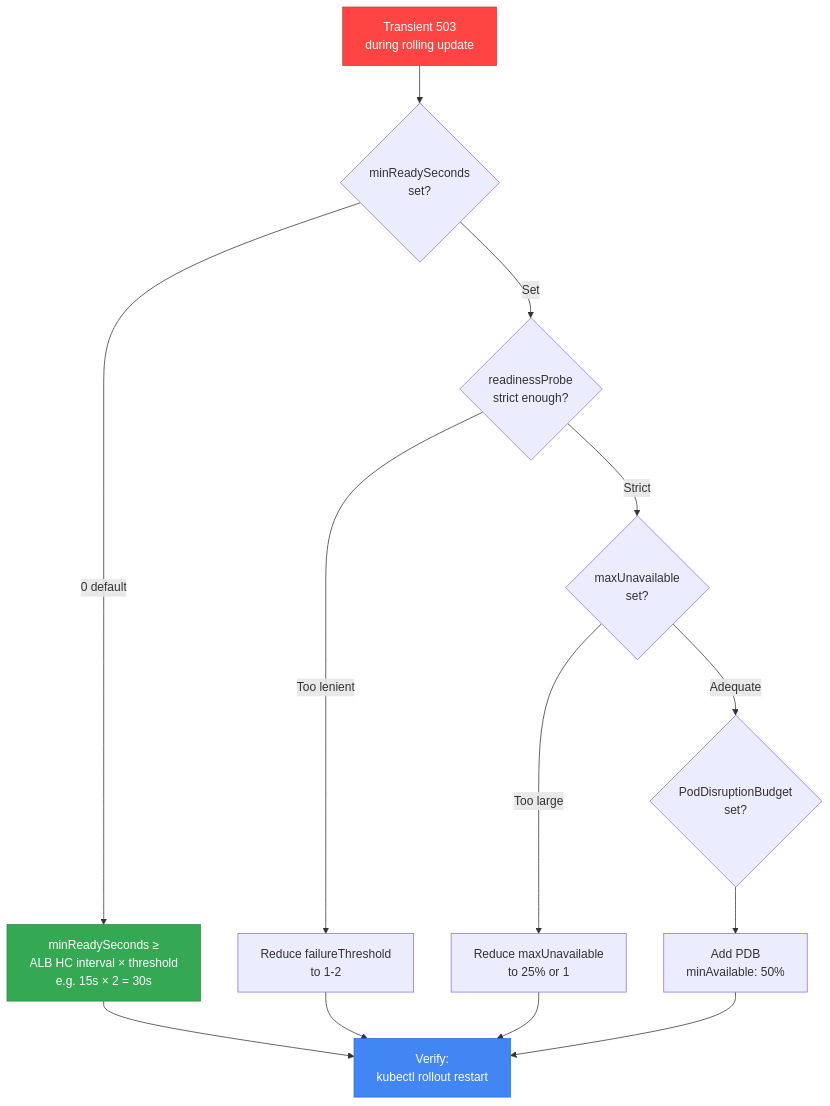
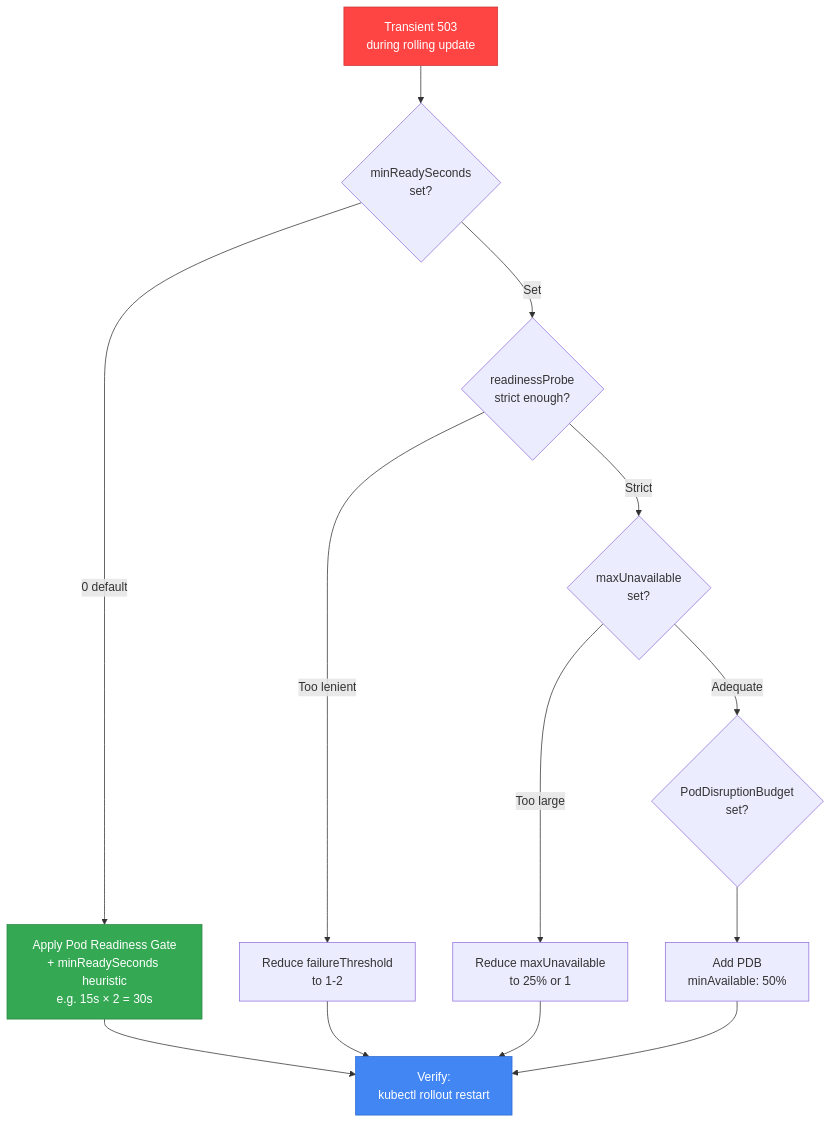
The third of 3 diagrams in docs/eks-best-practices/operations-reliability/eks-debugging/health-check-mismatch.md (devfloor9/engineering-playbook), drawn with Mermaid before and after one commit. The commit also changed other lines of this file and 5 other files, not shown here.

````diff
--- a/docs/eks-best-practices/operations-reliability/eks-debugging/health-check-mismatch.md
+++ b/docs/eks-best-practices/operations-reliability/eks-debugging/health-check-mismatch.md
@@ -383,23 +417,23 @@
 ```mermaid
 flowchart TD
     START[Transient 503<br/>during rolling update] --> CHECK_MINREADY{minReadySeconds<br/>set?}
 
-    CHECK_MINREADY -->|0 default| SET_MINREADY[minReadySeconds ≥<br/>ALB HC interval × threshold<br/>e.g. 15s × 2 = 30s]
+    CHECK_MINREADY -->|0 default| SET_MINREADY[Apply Pod Readiness Gate<br/>+ minReadySeconds heuristic<br/>e.g. 15s × 2 = 30s]
     CHECK_MINREADY -->|Set| CHECK_READINESS{readinessProbe<br/>strict enough?}
 
     CHECK_READINESS -->|Too lenient| STRICT_PROBE[Reduce failureThreshold<br/>to 1-2]
     CHECK_READINESS -->|Strict| CHECK_MAXUNAVAIL{maxUnavailable<br/>set?}
 
     CHECK_MAXUNAVAIL -->|Too large| ADJUST_MAXUNAVAIL[Reduce maxUnavailable<br/>to 25% or 1]
     CHECK_MAXUNAVAIL -->|Adequate| CHECK_PDB{PodDisruptionBudget<br/>set?}
 
     SET_MINREADY --> VERIFY[Verify:<br/>kubectl rollout restart]
     STRICT_PROBE --> VERIFY
     ADJUST_MAXUNAVAIL --> VERIFY
     CHECK_PDB --> ADD_PDB[Add PDB<br/>minAvailable: 50%]
     ADD_PDB --> VERIFY
 
     style START fill:#ff4444,stroke:#cc3636,color:#fff
     style SET_MINREADY fill:#34a853,stroke:#2a8642,color:#fff
     style VERIFY fill:#4286f4,stroke:#2a6acf,color:#fff
 ```
````
